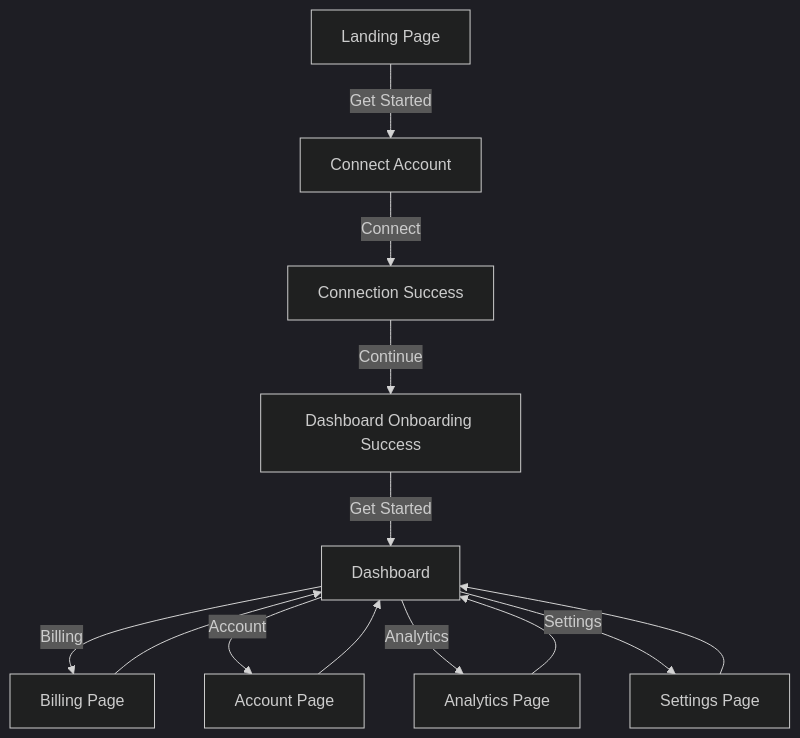
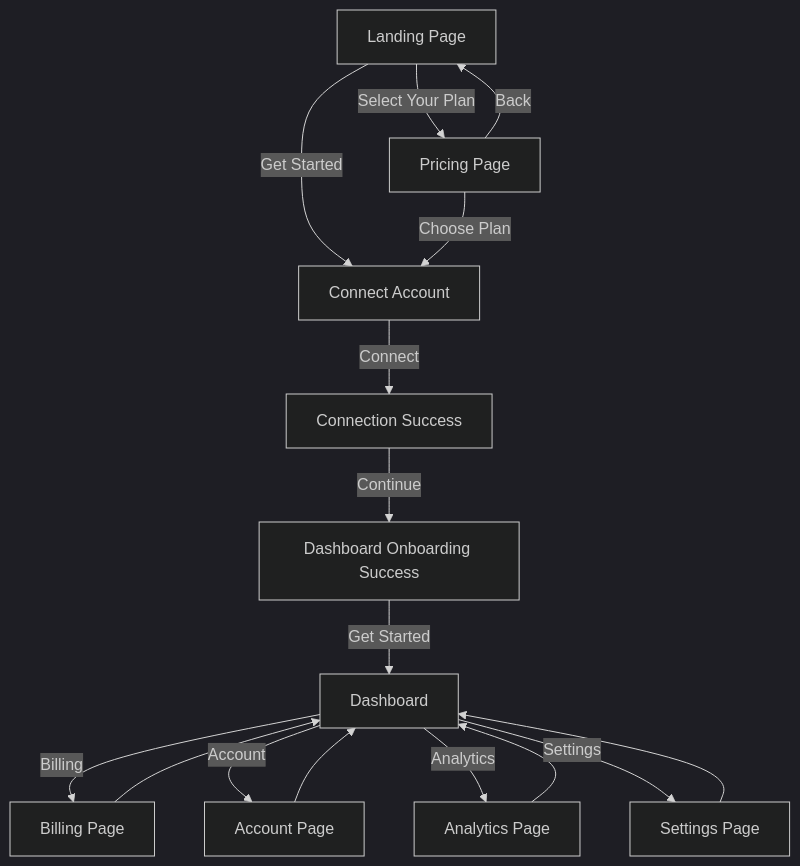
Before and after one commit to altmunch/SocialSchedule: the diagram in 1. admin/user-flow.md, drawn with Mermaid (dark theme). The commit also changed 4 other files, not shown here.

````diff
--- a/1. admin/user-flow.md
+++ b/1. admin/user-flow.md
@@ -3,17 +3,22 @@
 ```mermaid
 flowchart TD
     A[Landing Page] -->|Get Started| B[Connect Account]
+    A -->|Select Your Plan| P[Pricing Page]
+    
     B -->|Connect| C[Connection Success]
     C -->|Continue| D[Dashboard Onboarding Success]
     D -->|Get Started| E[Dashboard]
+    
+    P -->|Choose Plan| B
+    P -->|Back| A
     
     E -->|Billing| F[Billing Page]
     E -->|Account| G[Account Page]
     E -->|Analytics| H[Analytics Page]
     E -->|Settings| I[Settings Page]
     
     F --> E
     G --> E
     H --> E
     I --> E
 ```
````
